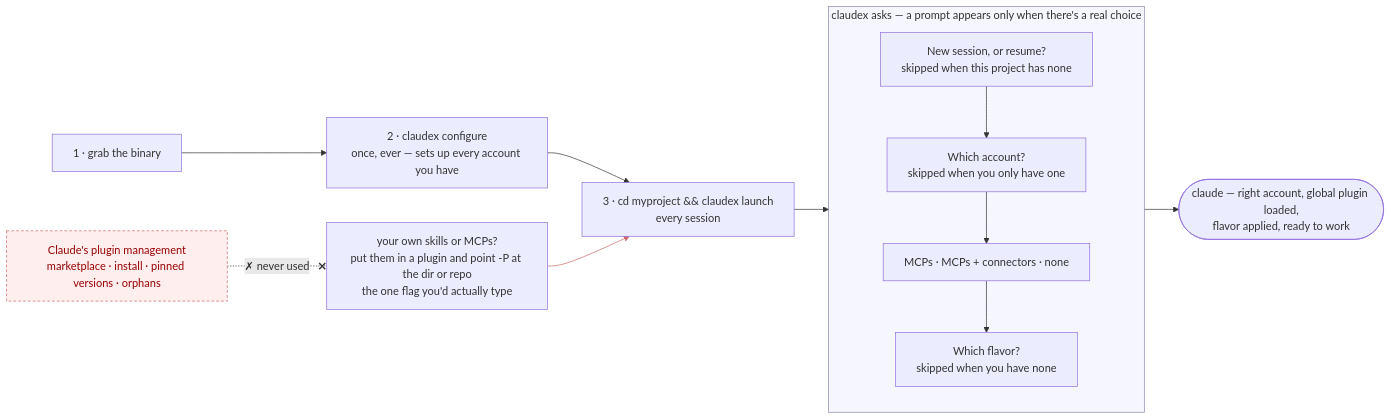
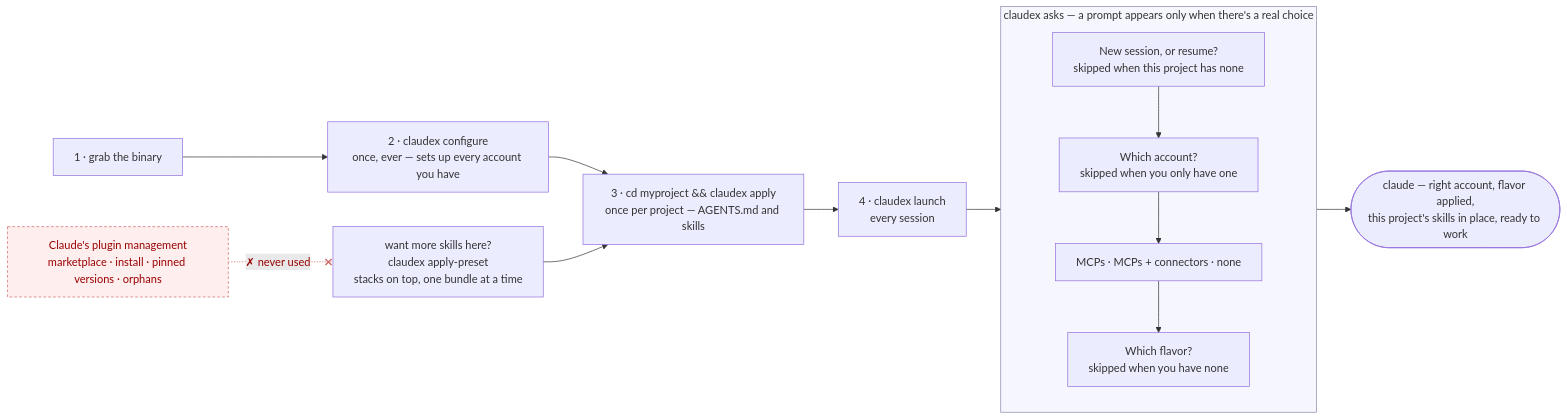
The diagram in README.md (Tanq16/claudex), drawn with Mermaid before and after one commit. The commit also changed other lines of this file and 68 other files, not shown here.

First line of the commit message:
feat: per-project apply, presets, and the agnostic layout

````diff
--- a/README.md
+++ b/README.md
@@ -38,32 +44,33 @@
 ```mermaid
 %%{init: {'flowchart': {'wrappingWidth': 260}}}%%
 flowchart LR
     I["1 · grab the binary"]
     C["2 · claudex configure<br/>once, ever — sets up every account you have"]
-    L["3 · cd myproject && claudex launch<br/>every session"]
+    A["3 · cd myproject && claudex apply<br/>once per project — AGENTS.md and skills"]
+    L["4 · claudex launch<br/>every session"]
 
-    I --> C --> L
+    I --> C --> A --> L
 
     subgraph ASK ["claudex asks — a prompt appears only when there's a real choice"]
     direction TB
         Q1["New session, or resume?<br/>skipped when this project has none"]
         Q2["Which account?<br/>skipped when you only have one"]
         Q3["MCPs · MCPs + connectors · none"]
         Q4["Which flavor?<br/>skipped when you have none"]
         Q1 --> Q2 --> Q3 --> Q4
     end
 
     L --> Q1
-    Q4 --> OUT(["claude — right account, global plugin loaded,<br/>flavor applied, ready to work"])
+    Q4 --> OUT(["claude — right account, flavor applied,<br/>this project's skills in place, ready to work"])
 
-    P["your own skills or MCPs?<br/>put them in a plugin and point -P at the dir or repo<br/>the one flag you'd actually type"]
-    P --> L
+    P["want more skills here?<br/>claudex apply-preset<br/>stacks on top, one bundle at a time"]
+    P --> A
 
     NATIVE["Claude's plugin management<br/>marketplace · install · pinned versions · orphans"]
     NATIVE -.-x|"✗ never used"| P
 
     classDef no fill:#fee,stroke:#c66,color:#900,stroke-dasharray:4 3
     class NATIVE no
     style ASK fill:#f6f6ff,stroke:#88a
-    linkStyle 7 stroke:#c66,color:#900
+    linkStyle 9 stroke:#c66,color:#900
 ```
````
